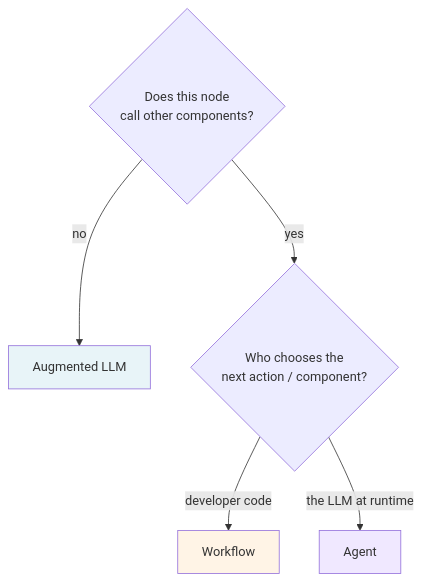
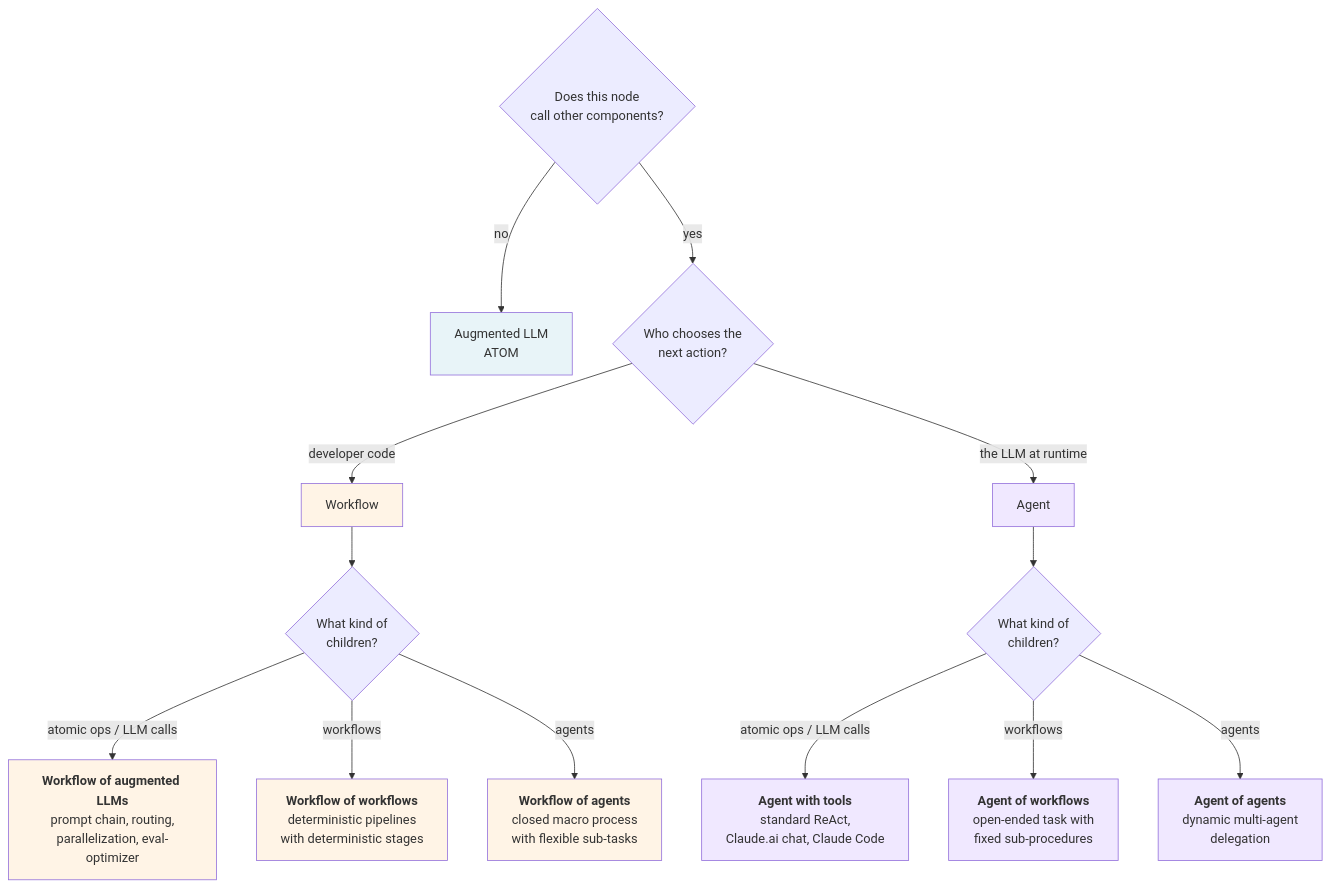
Before and after one commit to simple-agent-factory/.github: diagram 12 of 12 in profile/README.md, drawn with Mermaid. The commit also changed other lines of this file, not shown here.

Commit message:
doc agents v2

````diff
--- a/profile/README.md
+++ b/profile/README.md
@@ -393,12 +424,29 @@
 ```mermaid
 flowchart TB
     Q1{Does this node<br/>call other components?}
-    Q1 -->|no| AugLLM[Augmented LLM]
-    Q1 -->|yes| Q2{Who chooses the<br/>next action / component?}
+    Q1 -->|no| AugLLM[Augmented LLM<br/>ATOM]
+    Q1 -->|yes| Q2{Who chooses the<br/>next action?}
     Q2 -->|developer code| WF[Workflow]
     Q2 -->|the LLM at runtime| Ag[Agent]
+    
+    WF --> Q3W{What kind of<br/>children?}
+    Ag --> Q3A{What kind of<br/>children?}
+    
+    Q3W -->|atomic ops / LLM calls| WoAL["<b>Workflow of augmented LLMs</b><br/>prompt chain, routing,<br/>parallelization, eval-optimizer"]
+    Q3W -->|workflows| WoW["<b>Workflow of workflows</b><br/>deterministic pipelines<br/>with deterministic stages"]
+    Q3W -->|agents| WoA["<b>Workflow of agents</b><br/>closed macro process<br/>with flexible sub-tasks"]
+    
+    Q3A -->|atomic ops / LLM calls| AoAL["<b>Agent with tools</b><br/>standard ReAct,<br/>Claude.ai chat, Claude Code"]
+    Q3A -->|workflows| AoW["<b>Agent of workflows</b><br/>open-ended task with<br/>fixed sub-procedures"]
+    Q3A -->|agents| AoA["<b>Agent of agents</b><br/>dynamic multi-agent<br/>delegation"]
     
     style AugLLM fill:#e8f4f8
     style WF fill:#fff4e6
     style Ag fill:#f0e8ff
+    style WoAL fill:#fff4e6
+    style WoW fill:#fff4e6
+    style WoA fill:#fff4e6
+    style AoAL fill:#f0e8ff
+    style AoW fill:#f0e8ff
+    style AoA fill:#f0e8ff
 ```
````
